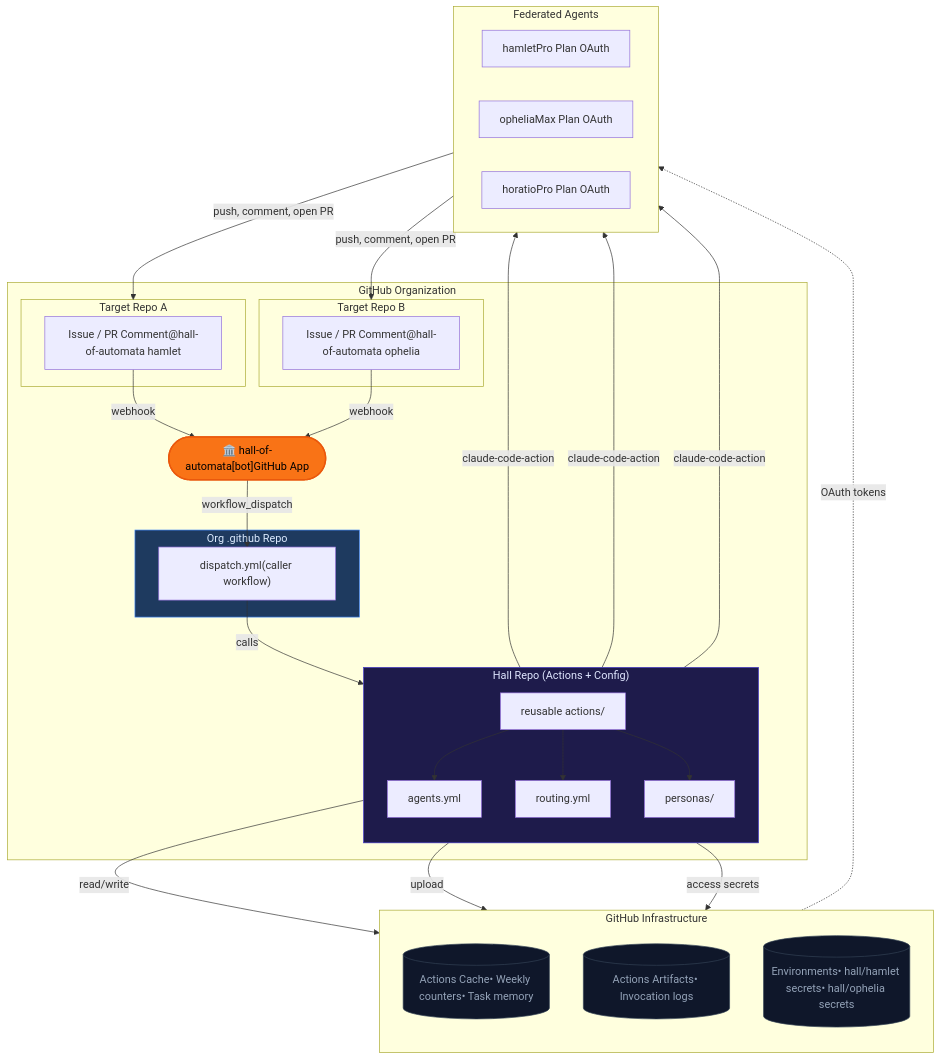
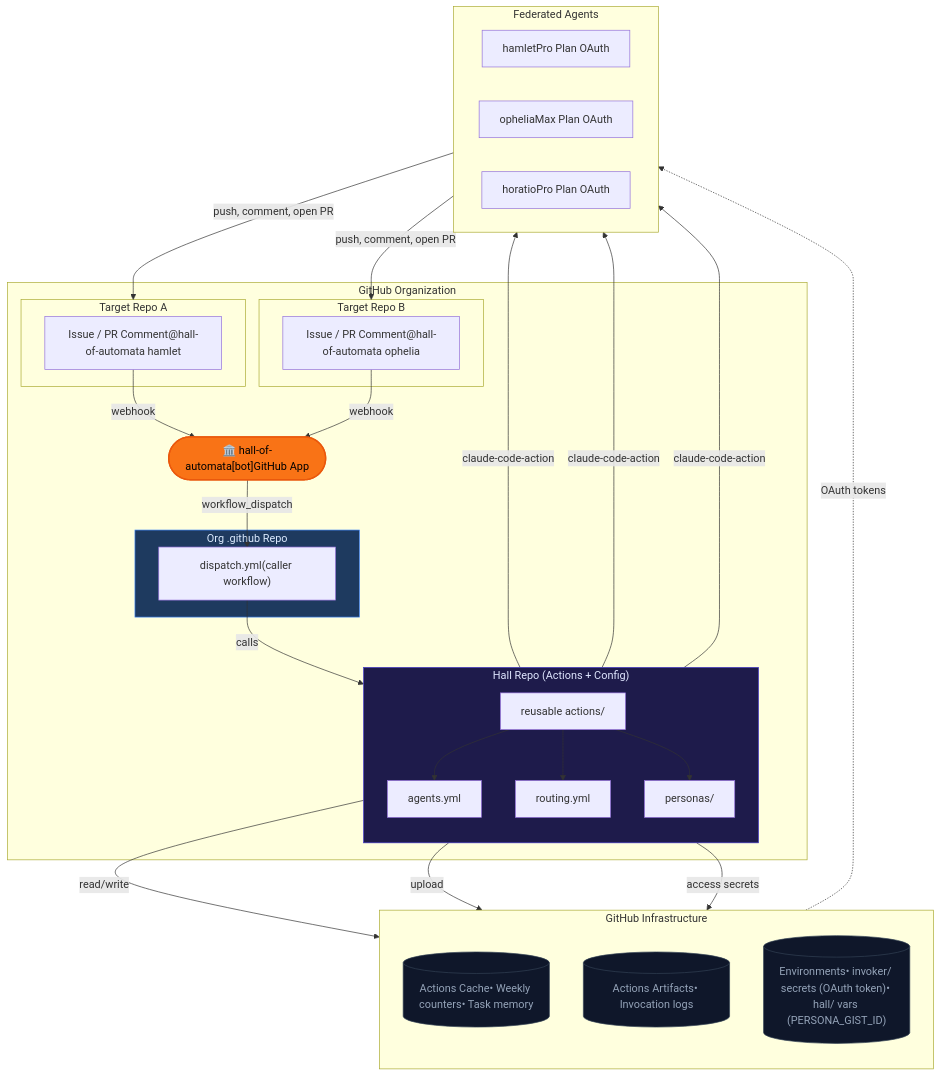
One commit to MockaSort-Studio/hall-of-automata changed the first of 6 diagrams in codex/design_document.md. Above: the diagram before and after it, drawn with Mermaid. The commit also changed other lines of this file and 2 other files, not shown here.

First line of the commit message:
fix(dispatch): job runs in invoker env; bootstrap creates only hall/roster

````diff
--- a/codex/design_document.md
+++ b/codex/design_document.md
@@ -40,60 +40,60 @@
 ```mermaid
 graph TB
     subgraph ORG["GitHub Organization"]
         subgraph TR1["Target Repo A"]
             I1["Issue / PR Comment@hall-of-automata hamlet"]
         end
         subgraph TR2["Target Repo B"]
             I2["Issue / PR Comment@hall-of-automata ophelia"]
         end
         subgraph DOTGITHUB["Org .github Repo"]
             DW["dispatch.yml(caller workflow)"]
         end
         subgraph HALL["Hall Repo (Actions + Config)"]
             direction TB
             AY["agents.yml"]
             RY["routing.yml"]
             P["personas/"]
             RA["reusable actions/"]
         end
         APP(["🏛️ hall-of-automata[bot]GitHub App"])
     end
 
     subgraph GHINFRA["GitHub Infrastructure"]
         direction TB
         CACHE[("Actions Cache• Weekly counters• Task memory")]
         ARTIFACTS[("Actions Artifacts• Invocation logs")]
-        ENVS[("Environments• hall/hamlet secrets• hall/ophelia secrets")]
+        ENVS[("Environments• invoker/<handle> secrets (OAuth token)• hall/<agent> vars (PERSONA_GIST_ID)")]
     end
 
     subgraph FED["Federated Agents"]
         direction LR
         A1["hamletPro Plan OAuth"]
         A2["opheliaMax Plan OAuth"]
         A3["horatioPro Plan OAuth"]
     end
 
     I1 -->|webhook| APP
     I2 -->|webhook| APP
     APP -->|workflow_dispatch| DW
     DW -->|calls| RA
     RA --> AY
     RA --> RY
     RA --> P
     RA -->|read/write| CACHE
     RA -->|upload| ARTIFACTS
     RA -->|access secrets| ENVS
     ENVS -.->|OAuth tokens| FED
     RA -->|claude-code-action| A1
     RA -->|claude-code-action| A2
     RA -->|claude-code-action| A3
     A1 -->|push, comment, open PR| TR1
     A2 -->|push, comment, open PR| TR2
 
     style APP fill:#f97316,stroke:#ea580c,color:#000,stroke-width:2px
     style DOTGITHUB fill:#1e3a5f,stroke:#3b82f6,color:#dbeafe
     style HALL fill:#1e1b4b,stroke:#4338ca,color:#e0e7ff
     style CACHE fill:#0f172a,stroke:#334155,color:#94a3b8
     style ARTIFACTS fill:#0f172a,stroke:#334155,color:#94a3b8
     style ENVS fill:#0f172a,stroke:#334155,color:#94a3b8
 ```
````
